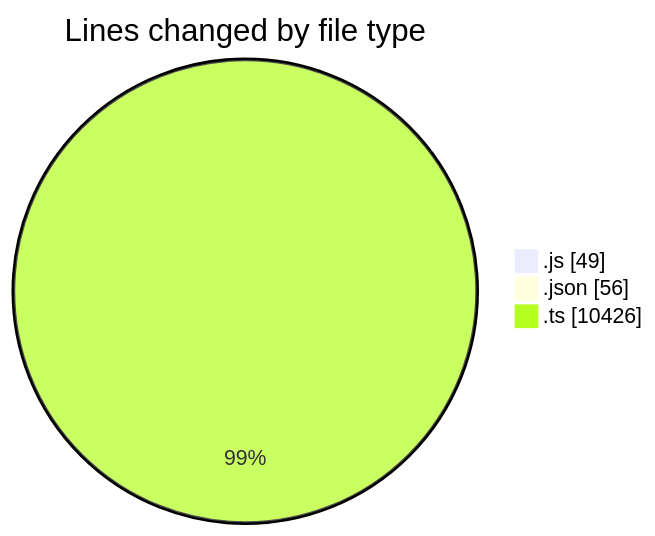
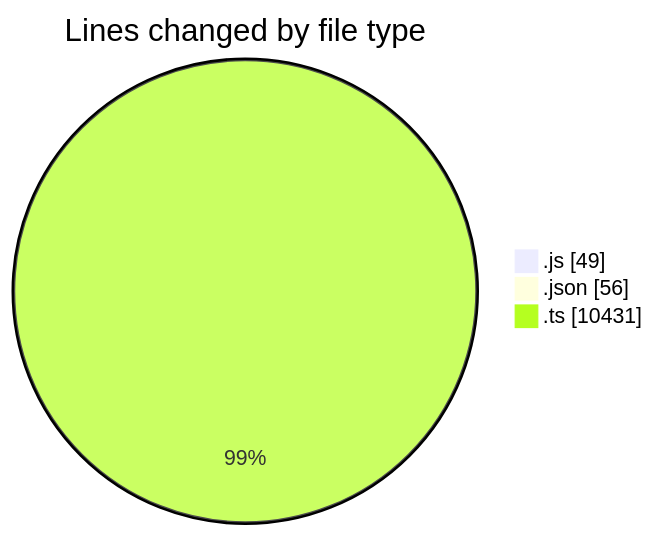
The first of 2 diagrams in 2025-09-04/cda/README.md (momahboobian/code-tracking), drawn with Mermaid before and after one commit. The commit also changed other lines of this file and 1 other file, not shown here.

````diff
--- a/2025-09-04/cda/README.md
+++ b/2025-09-04/cda/README.md
@@ -25,7 +25,7 @@
 ```mermaid
 pie showData
 title Lines changed by file type
 ".js" : 49
 ".json" : 56
-".ts" : 10426
+".ts" : 10431
 ```
````
